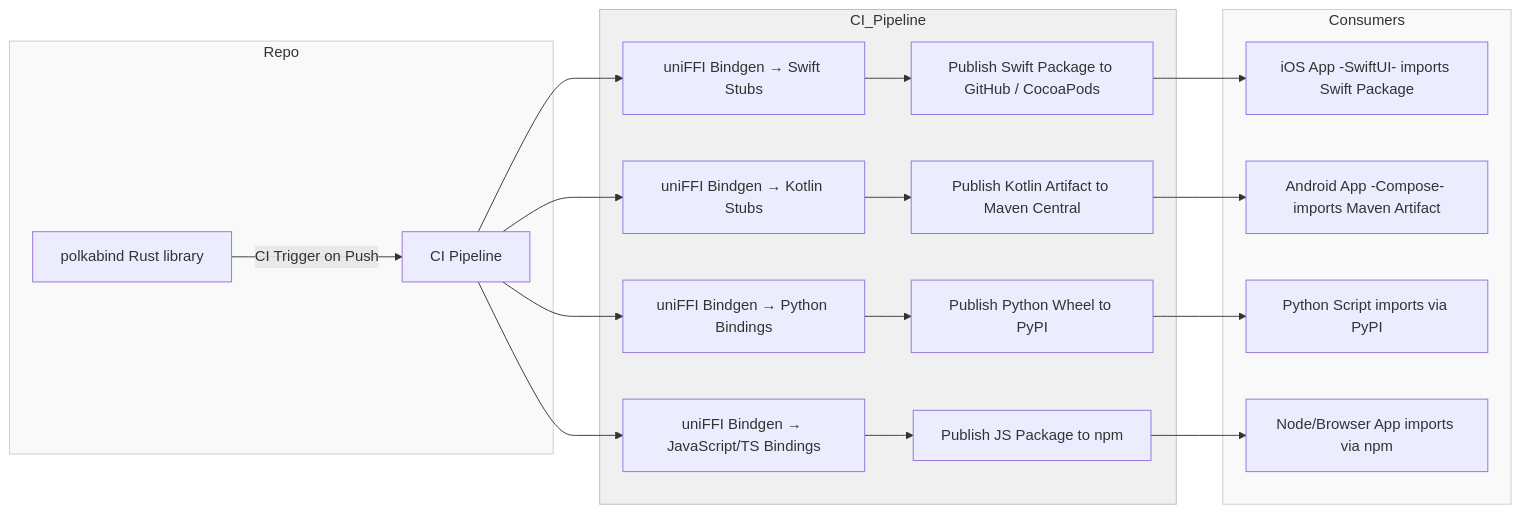
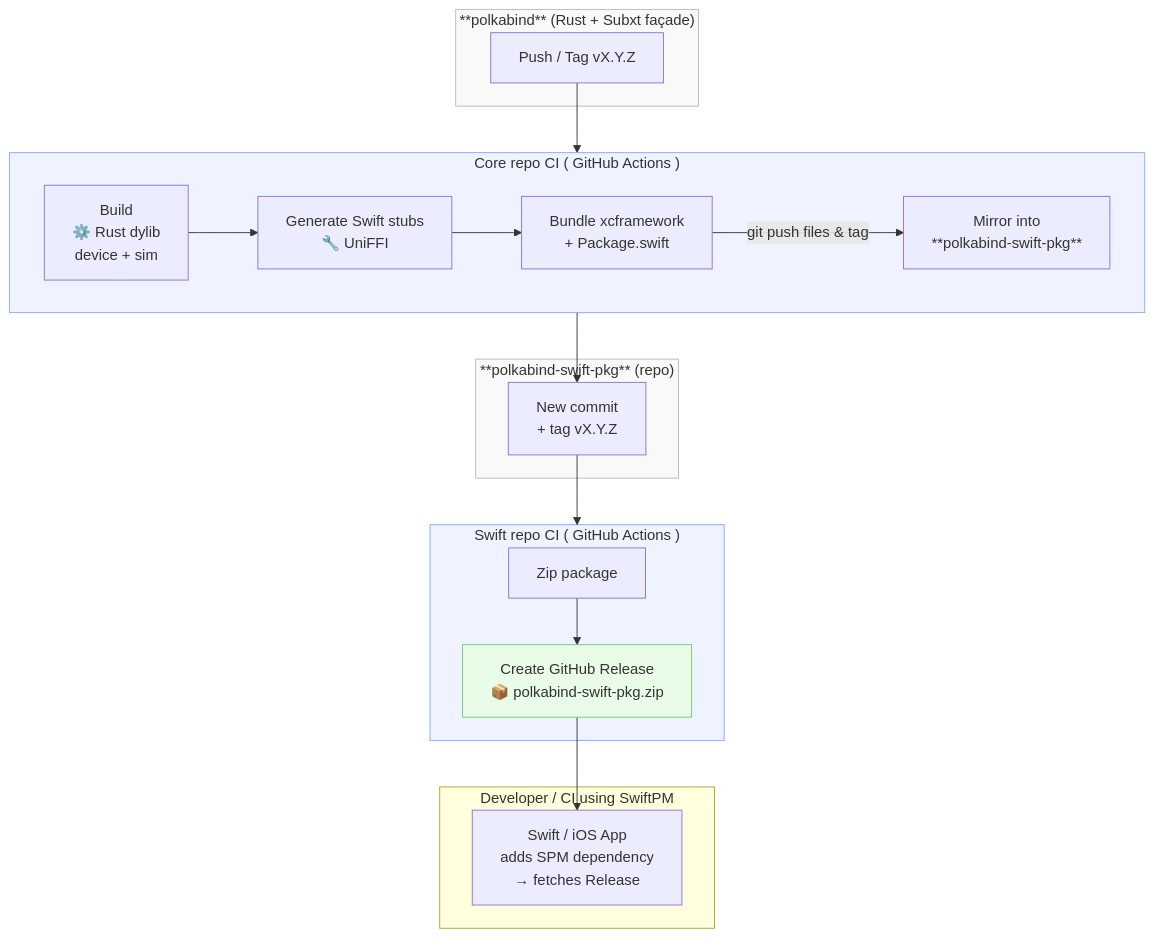
Before and after one commit to Polkabind/polkabind-swift-pkg: the diagram in README.md, drawn with Mermaid. The commit also changed other lines of this file and 1 other file, not shown here.

Commit message:
Release v0.1.50

````diff
--- a/README.md
+++ b/README.md
@@ -15,29 +37,47 @@
 ```mermaid
-flowchart LR
-  subgraph Repo
-    A[polkabind Rust library] 
-    A -->|CI Trigger on Push| B[CI Pipeline]
+flowchart TD
+  %% ──────────────────────────────────────────────
+  %%  Repositories (left-to-right data flow)
+  %% ──────────────────────────────────────────────
+  subgraph CORE["**polkabind**  (Rust + Subxt façade)"]
+    A[Push / Tag vX.Y.Z]
   end
 
-  subgraph CI_Pipeline
-    B --> C1[uniFFI Bindgen → Swift Stubs]
-    B --> C2[uniFFI Bindgen → Kotlin Stubs]
-    B --> C3[uniFFI Bindgen → Python Bindings]
-    B --> C4[uniFFI Bindgen → JavaScript/TS Bindings]
-    C1 --> D1[Publish Swift Package to GitHub / CocoaPods]
-    C2 --> D2[Publish Kotlin Artifact to Maven Central]
-    C3 --> D3[Publish Python Wheel to PyPI]
-    C4 --> D4[Publish JS Package to npm]
+  subgraph CORE_CI["Core repo CI  ( GitHub Actions )"]
+    direction LR
+    B1[Build<br/>⚙️ Rust dylib<br/> device + sim] --> B2[Generate Swift stubs<br/>🔧 UniFFI]
+    B2 --> B3[Bundle xcframework<br/>+ Package.swift]
+    B3 -->|git push files & tag| B4[Mirror into<br/>**polkabind-swift-pkg**]
   end
 
-  subgraph Consumers
-    D1 --> E1[iOS App -SwiftUI- imports Swift Package]
-    D2 --> E2[Android App -Compose- imports Maven Artifact]
-    D3 --> E3[Python Script imports via PyPI]
-    D4 --> E4[Node/Browser App imports via npm]
+  subgraph SWIFT_REPO["**polkabind-swift-pkg**  (repo)"]
+    C[New commit<br/>+ tag vX.Y.Z]
   end
 
-  style Repo fill:#f9f9f9,stroke:#ccc
-  style CI_Pipeline fill:#f0f0f0,stroke:#bbb
-  style Consumers fill:#f9f9f9,stroke:#ccc
+  subgraph SWIFT_CI["Swift repo CI  ( GitHub Actions )"]
+    D1[Zip package] --> D2[Create GitHub Release<br/>📦 polkabind-swift-pkg.zip]
+  end
+
+  subgraph CONSUMER["Developer / CI using SwiftPM"]
+    E[Swift / iOS App<br/>adds SPM dependency<br/>→ fetches Release]
+  end
+
+  %% ──────────────────────────────────────────────
+  %%  Link everything
+  %% ──────────────────────────────────────────────
+  A --> CORE_CI
+  B4 --> C
+  C --> SWIFT_CI
+  D2 --> E
+
+  %% ──────────────────────────────────────────────
+  %%  Styling helpers
+  %% ──────────────────────────────────────────────
+  classDef repo      fill:#f9f9f9,stroke:#bbb;
+  classDef pipeline  fill:#eef3ff,stroke:#87a9ff;
+  classDef release   fill:#e8fce8,stroke:#78c878;
+
+  class CORE,SWIFT_REPO repo
+  class CORE_CI,SWIFT_CI pipeline
+  class D2 release
   ```
````
